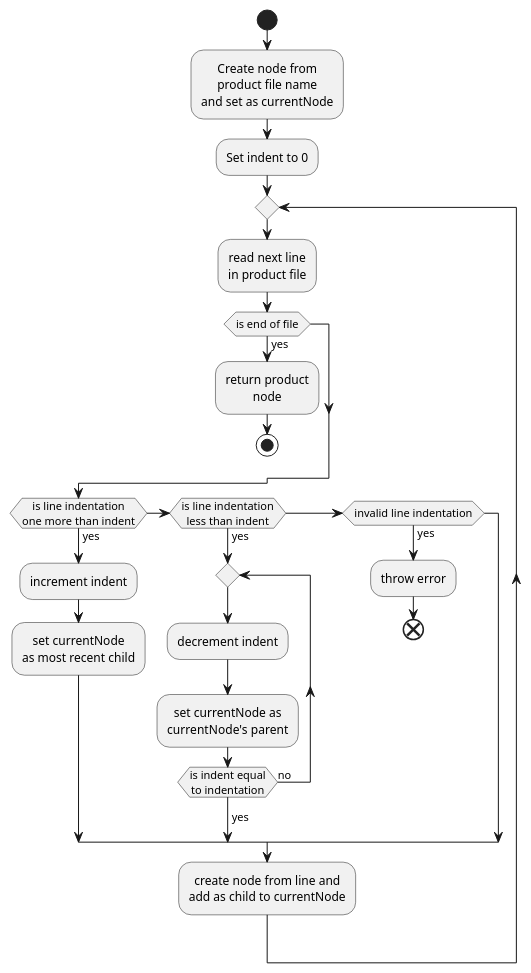
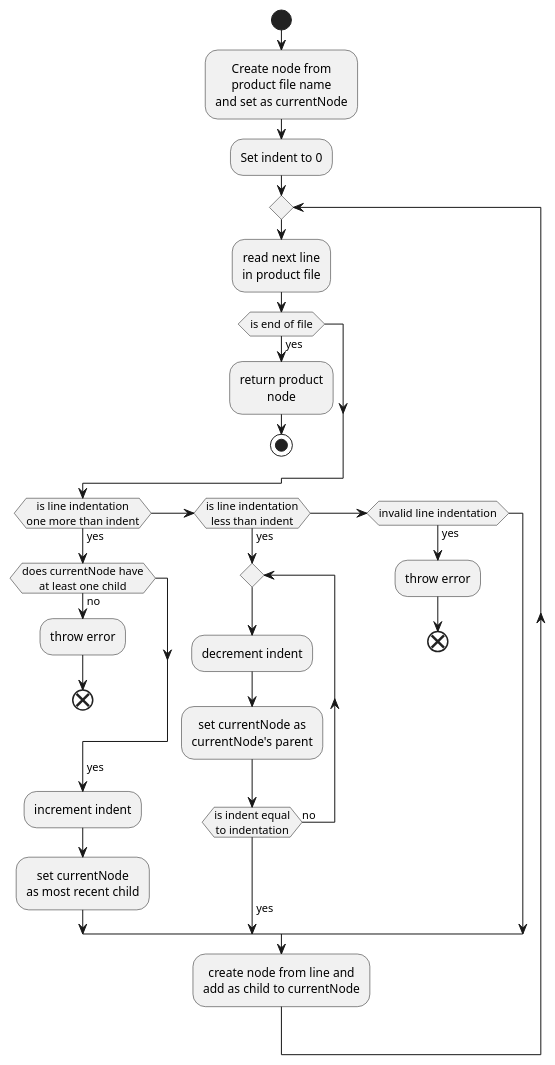
Before and after one commit to Jack272Hughes/uni-data-structures-and-algorithms: the diagram in docs/code/file-parsing-activity-diagram.pu, drawn with PlantUML. The commit also changed 9 other files, not shown here.

```diff
--- a/docs/code/file-parsing-activity-diagram.pu
+++ b/docs/code/file-parsing-activity-diagram.pu
@@ -1,44 +1,49 @@
 @startuml
 skinparam defaultTextAlignment center
 
 start
 
 :Create node from
 product file name
 and set as currentNode;
 
 :Set indent to 0;
 
 repeat
   :read next line
   in product file;
 
   if (is end of file) then (yes)
     :return product
     node;
     stop
   endif
 
   if (is line indentation\none more than indent) then (yes)
+      if (does currentNode have\nat least one child) then (no)
+        :throw error;
+        end
+      endif
+      ->yes;
       :increment indent;
 
       :set currentNode
       as most recent child;
   elseif (is line indentation\nless than indent) then (yes)
       repeat
         :decrement indent;
 
         :set currentNode as
         currentNode's parent;
       repeat while (is indent equal\nto indentation) is (no)
       ->yes;
   elseif (invalid line indentation) then (yes)
     :throw error;
     end
   endif
 
   :create node from line and
   add as child to currentNode;
 repeat while
 
 @enduml
```
